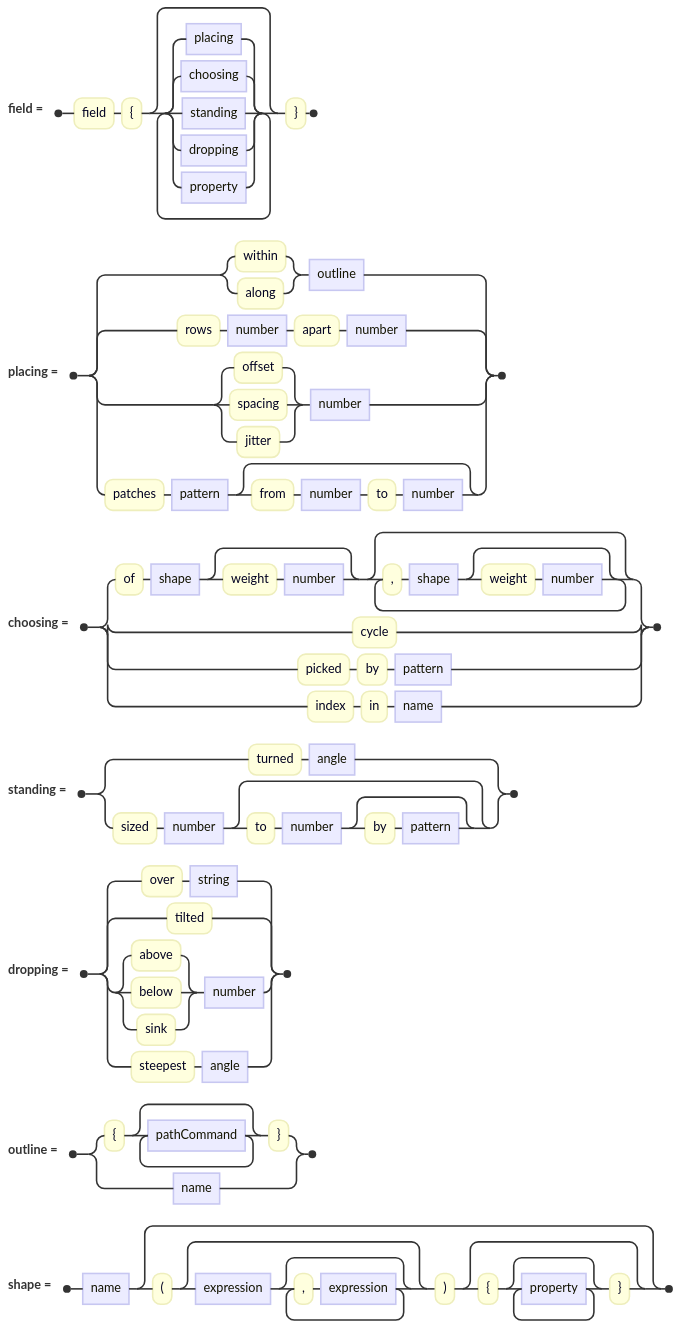
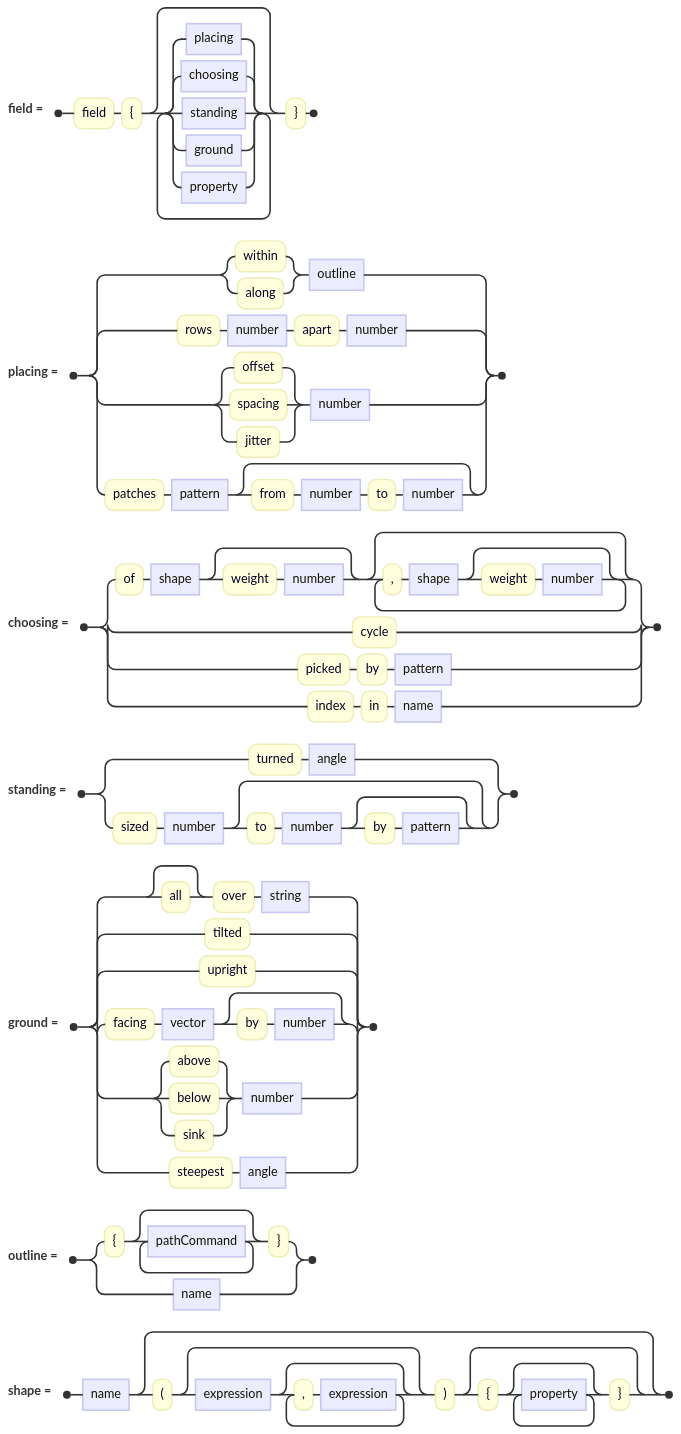
One commit to jskress/RayTracer changed the diagram in docs/diagrams/advanced/fieldClause.mmd. Above: the diagram before and after it, drawn with Mermaid. The commit also changed 20 other files, not shown here.

```diff
--- a/docs/diagrams/advanced/fieldClause.mmd
+++ b/docs/diagrams/advanced/fieldClause.mmd
@@ -1,20 +1,20 @@
 railroad-ebnf-beta
 title "A field"
 
-field = "field" "{" { placing | choosing | standing | dropping | property } "}" ;
+field = "field" "{" { placing | choosing | standing | ground | property } "}" ;
 
 placing = ( "within" | "along" ) outline | "rows" number "apart" number
         | ( "offset" | "spacing" | "jitter" ) number
         | "patches" pattern [ "from" number "to" number ] ;
 
 choosing = "of" shape [ "weight" number ] { "," shape [ "weight" number ] }
          | "cycle" | "picked" "by" pattern | "index" "in" name ;
 
 standing = "turned" angle | "sized" number [ "to" number [ "by" pattern ] ] ;
 
-dropping = "over" string | "tilted" | ( "above" | "below" | "sink" ) number
-         | "steepest" angle ;
+ground = [ "all" ] "over" string | "tilted" | "upright" | "facing" vector [ "by" number ]
+       | ( "above" | "below" | "sink" ) number | "steepest" angle ;
 
 outline = "{" { pathCommand } "}" | name ;
 
 shape = name [ "(" [ expression { "," expression } ] ")" [ "{" { property } "}" ] ] ;
```
